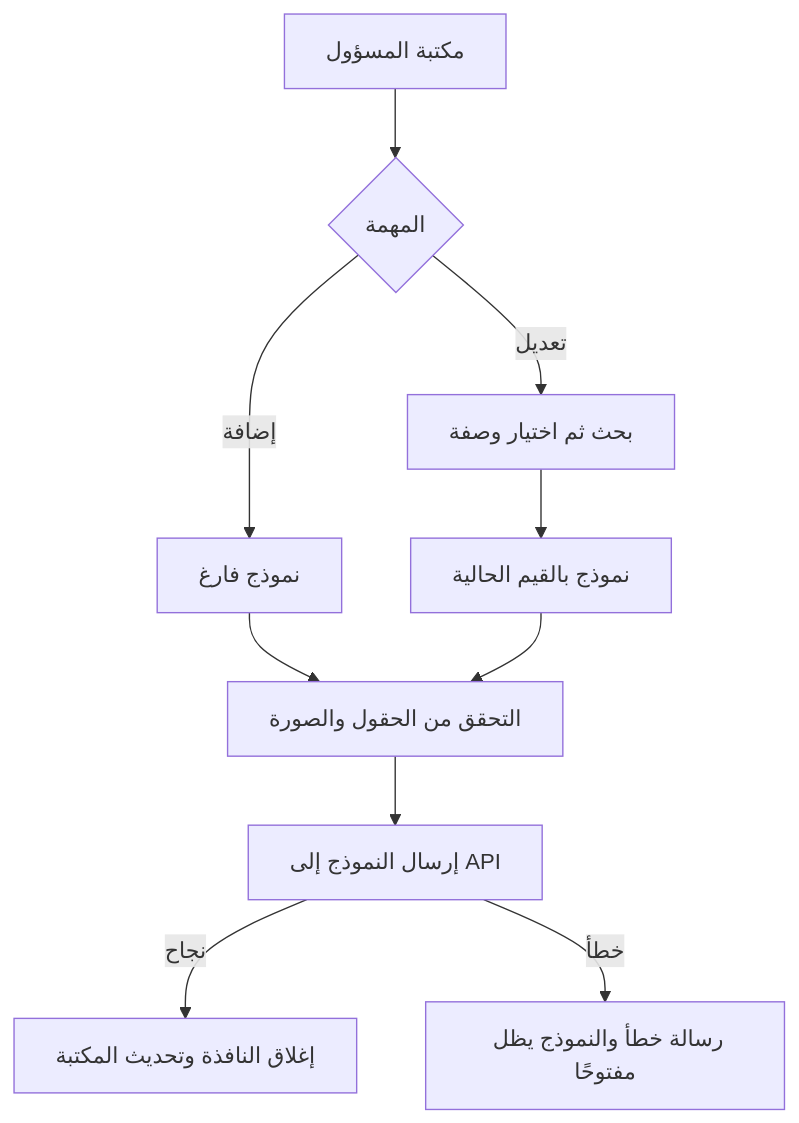
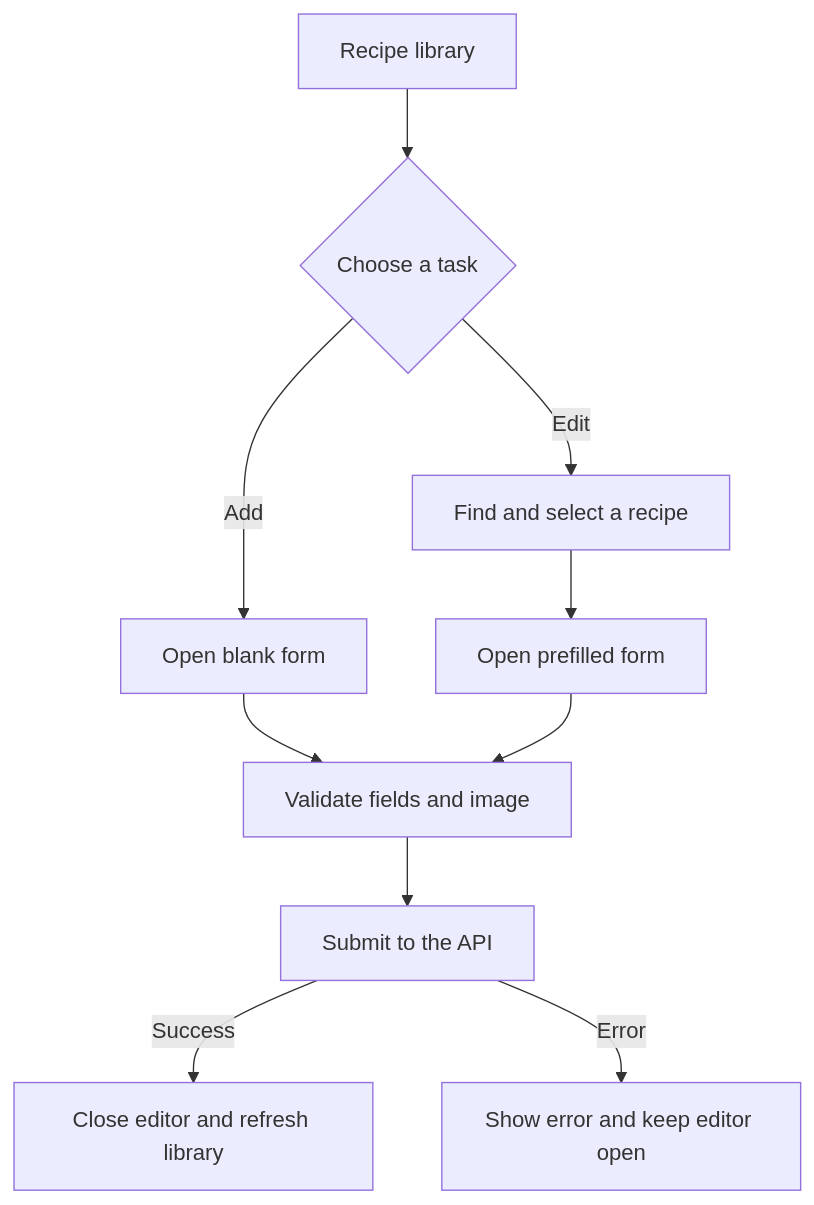
The second of 2 diagrams in README.md (onisEg/food_app), drawn with Mermaid before and after one commit. The commit also changed other lines of this file, not shown here.

````diff
--- a/README.md
+++ b/README.md
@@ -79,12 +79,12 @@
 ```mermaid
 flowchart TD
-    A["مكتبة المسؤول"] --> B{"المهمة"}
-    B -->|إضافة| C["نموذج فارغ"]
-    B -->|تعديل| D["بحث ثم اختيار وصفة"]
-    D --> E["نموذج بالقيم الحالية"]
-    C --> F["التحقق من الحقول والصورة"]
+    A["Recipe library"] --> B{"Choose a task"}
+    B -->|Add| C["Open blank form"]
+    B -->|Edit| D["Find and select a recipe"]
+    D --> E["Open prefilled form"]
+    C --> F["Validate fields and image"]
     E --> F
-    F --> G["إرسال النموذج إلى API"]
-    G -->|نجاح| H["إغلاق النافذة وتحديث المكتبة"]
-    G -->|خطأ| I["رسالة خطأ والنموذج يظل مفتوحًا"]
+    F --> G["Submit to the API"]
+    G -->|Success| H["Close editor and refresh library"]
+    G -->|Error| I["Show error and keep editor open"]
 ```
````
